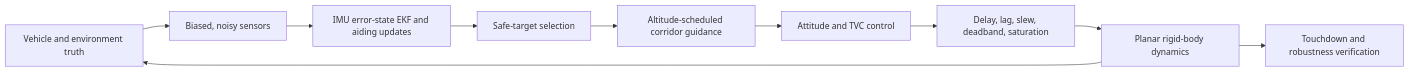
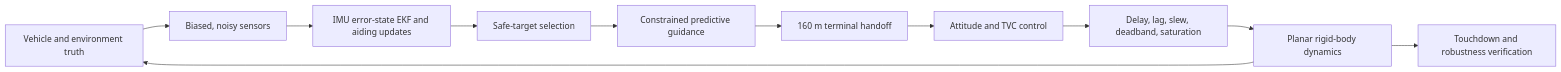
Before and after one commit to flashgari/autonomous-landing-gnc: the diagram in README.md, drawn with Mermaid. The commit also changed other lines of this file and 33 other files, not shown here.

Commit message:
Add constrained predictive landing guidance

````diff
--- a/README.md
+++ b/README.md
@@ -39,12 +42,13 @@
 ```mermaid
 flowchart LR
     ENV["Vehicle and environment truth"] --> SENS["Biased, noisy sensors"]
     SENS --> EST["IMU error-state EKF and aiding updates"]
     EST --> HAZ["Safe-target selection"]
-    HAZ --> GUID["Altitude-scheduled corridor guidance"]
-    GUID --> CTRL["Attitude and TVC control"]
+    HAZ --> GUID["Constrained predictive guidance"]
+    GUID --> TERM["160 m terminal handoff"]
+    TERM --> CTRL["Attitude and TVC control"]
     CTRL --> ACT["Delay, lag, slew, deadband, saturation"]
     ACT --> DYN["Planar rigid-body dynamics"]
     DYN --> ENV
     DYN --> VER["Touchdown and robustness verification"]
 ```
````
